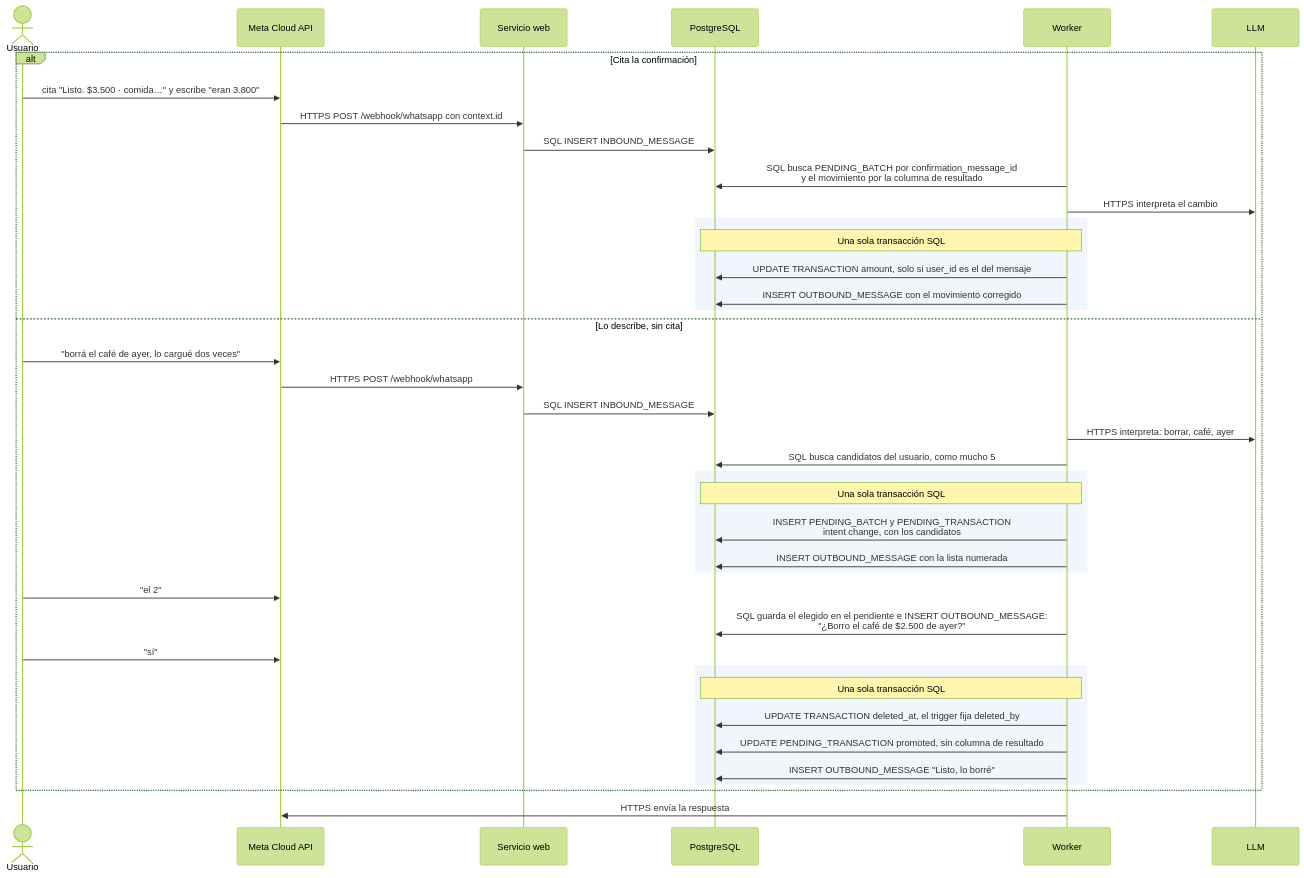
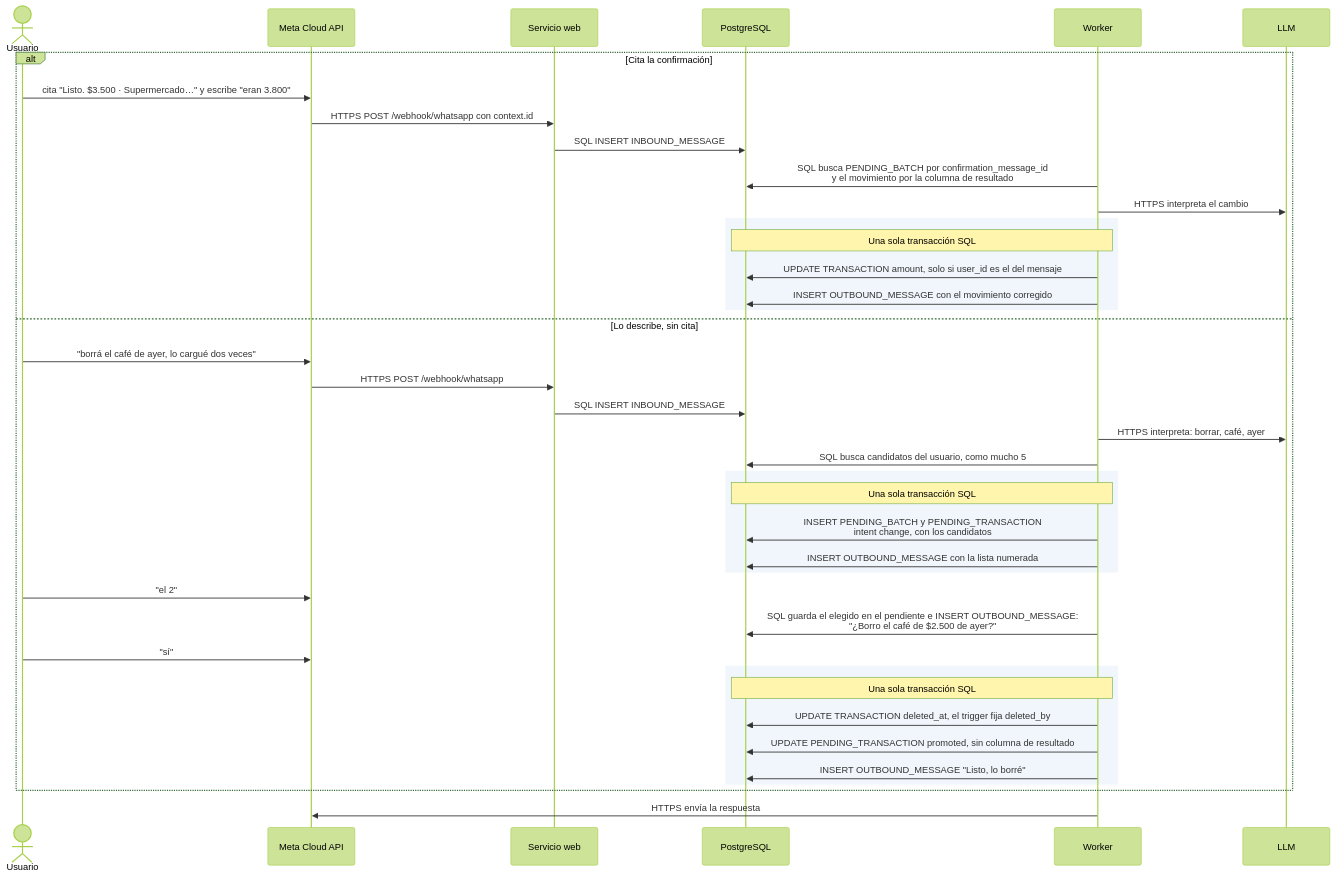
The tenth of 11 diagrams in docs/recorrido-completo.md (verozacarias-prog/AI4Devs-finalproject), drawn with Mermaid (forest theme) before and after one commit. The commit also changed other lines of this file and 5 other files, not shown here.

````diff
--- a/docs/recorrido-completo.md
+++ b/docs/recorrido-completo.md
@@ -414,43 +414,43 @@
 ```mermaid
 sequenceDiagram
     actor U as Usuario
     participant M as Meta Cloud API
     participant API as Servicio web
     participant DB as PostgreSQL
     participant W as Worker
     participant L as LLM
 
     alt Cita la confirmación
-        U->>M: cita "Listo. $3.500 · comida…" y escribe "eran 3.800"
+        U->>M: cita "Listo. $3.500 · Supermercado…" y escribe "eran 3.800"
         M->>API: HTTPS POST /webhook/whatsapp con context.id
         API->>DB: SQL INSERT INBOUND_MESSAGE
         W->>DB: SQL busca PENDING_BATCH por confirmation_message_id<br/>y el movimiento por la columna de resultado
         W->>L: HTTPS interpreta el cambio
         rect rgb(240, 246, 252)
             Note over W,DB: Una sola transacción SQL
             W->>DB: UPDATE TRANSACTION amount, solo si user_id es el del mensaje
             W->>DB: INSERT OUTBOUND_MESSAGE con el movimiento corregido
         end
     else Lo describe, sin cita
         U->>M: "borrá el café de ayer, lo cargué dos veces"
         M->>API: HTTPS POST /webhook/whatsapp
         API->>DB: SQL INSERT INBOUND_MESSAGE
         W->>L: HTTPS interpreta: borrar, café, ayer
         W->>DB: SQL busca candidatos del usuario, como mucho 5
         rect rgb(240, 246, 252)
             Note over W,DB: Una sola transacción SQL
             W->>DB: INSERT PENDING_BATCH y PENDING_TRANSACTION<br/>intent change, con los candidatos
             W->>DB: INSERT OUTBOUND_MESSAGE con la lista numerada
         end
         U->>M: "el 2"
         W->>DB: SQL guarda el elegido en el pendiente e INSERT OUTBOUND_MESSAGE:<br/>"¿Borro el café de $2.500 de ayer?"
         U->>M: "sí"
         rect rgb(240, 246, 252)
             Note over W,DB: Una sola transacción SQL
             W->>DB: UPDATE TRANSACTION deleted_at, el trigger fija deleted_by
             W->>DB: UPDATE PENDING_TRANSACTION promoted, sin columna de resultado
             W->>DB: INSERT OUTBOUND_MESSAGE "Listo, lo borré"
         end
     end
     W->>M: HTTPS envía la respuesta
 ```
````
